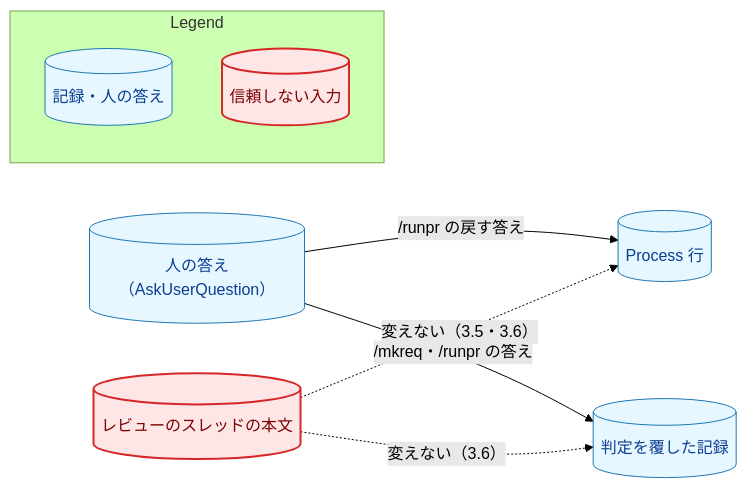
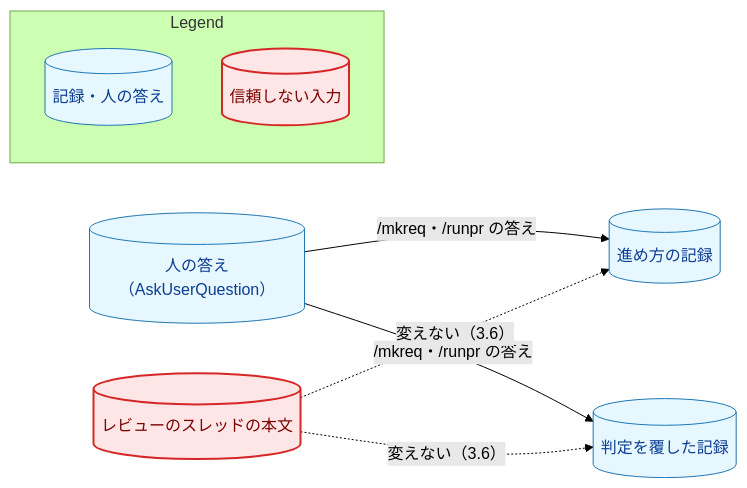
One commit to isseis/yt2column changed the fourth of 7 diagrams in docs/tasks/0072_simple_task_documents/02_architecture.md. Above: the diagram before and after it, drawn with Mermaid (forest theme). The commit also changed other lines of this file and 1 other file, not shown here.

First line of the commit message:
docs(0072): address the design review of the simplified task-document flow

````diff
--- a/docs/tasks/0072_simple_task_documents/02_architecture.md
+++ b/docs/tasks/0072_simple_task_documents/02_architecture.md
@@ -412,26 +485,25 @@
 ```mermaid
 flowchart LR
     classDef data fill:#e6f7ff,stroke:#1f77b4,stroke-width:1px,color:#0b3d91;
-    classDef process fill:#fff1e6,stroke:#ff7f0e,stroke-width:1px,color:#8a3e00;
     classDef problem fill:#ffe6e6,stroke:#d62728,stroke-width:2px,color:#7b0000;
 
     THREAD[("レビューのスレッドの本文")]
     ANSWER[("人の答え（AskUserQuestion）")]
-    REC[("Process 行")]
+    REC[("進め方の記録")]
     OVR[("判定を覆した記録")]
 
-    ANSWER -->|"/runpr の戻す答え"| REC
+    ANSWER -->|"/mkreq・/runpr の答え"| REC
     ANSWER -->|"/mkreq・/runpr の答え"| OVR
-    THREAD -.->|"変えない（3.5・3.6）"| REC
+    THREAD -.->|"変えない（3.6）"| REC
     THREAD -.->|"変えない（3.6）"| OVR
 
     class REC,OVR,ANSWER data
     class THREAD problem
 
     subgraph Legend["Legend"]
         L1[("記録・人の答え")]
         L2[("信頼しない入力")]
     end
     class L1 data
     class L2 problem
 ```
````
